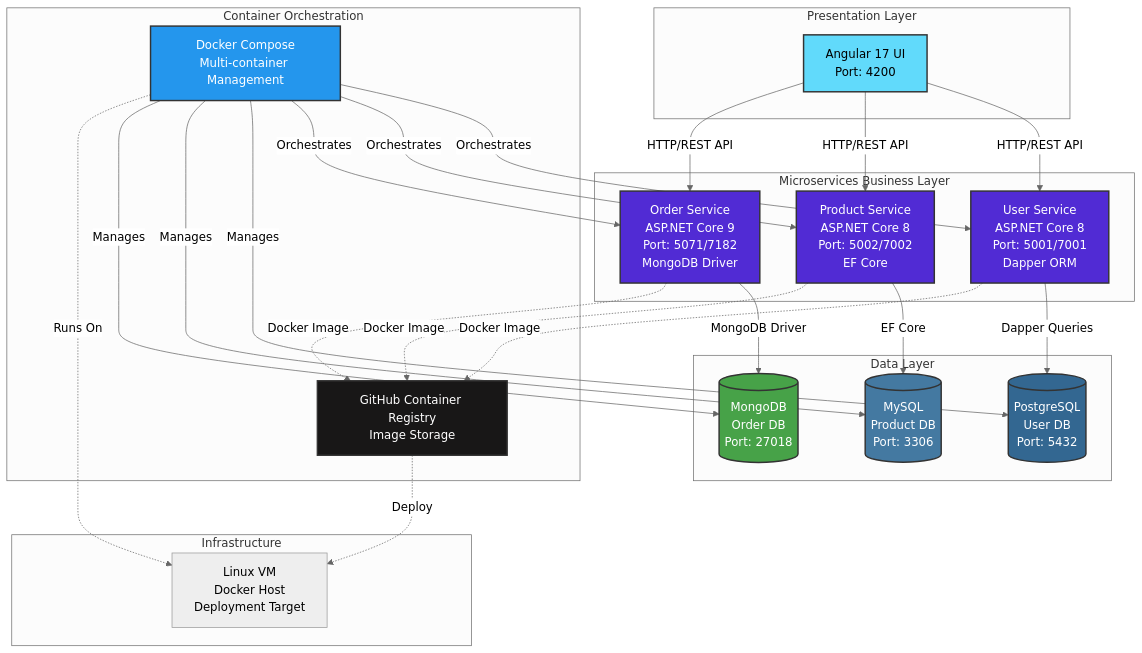
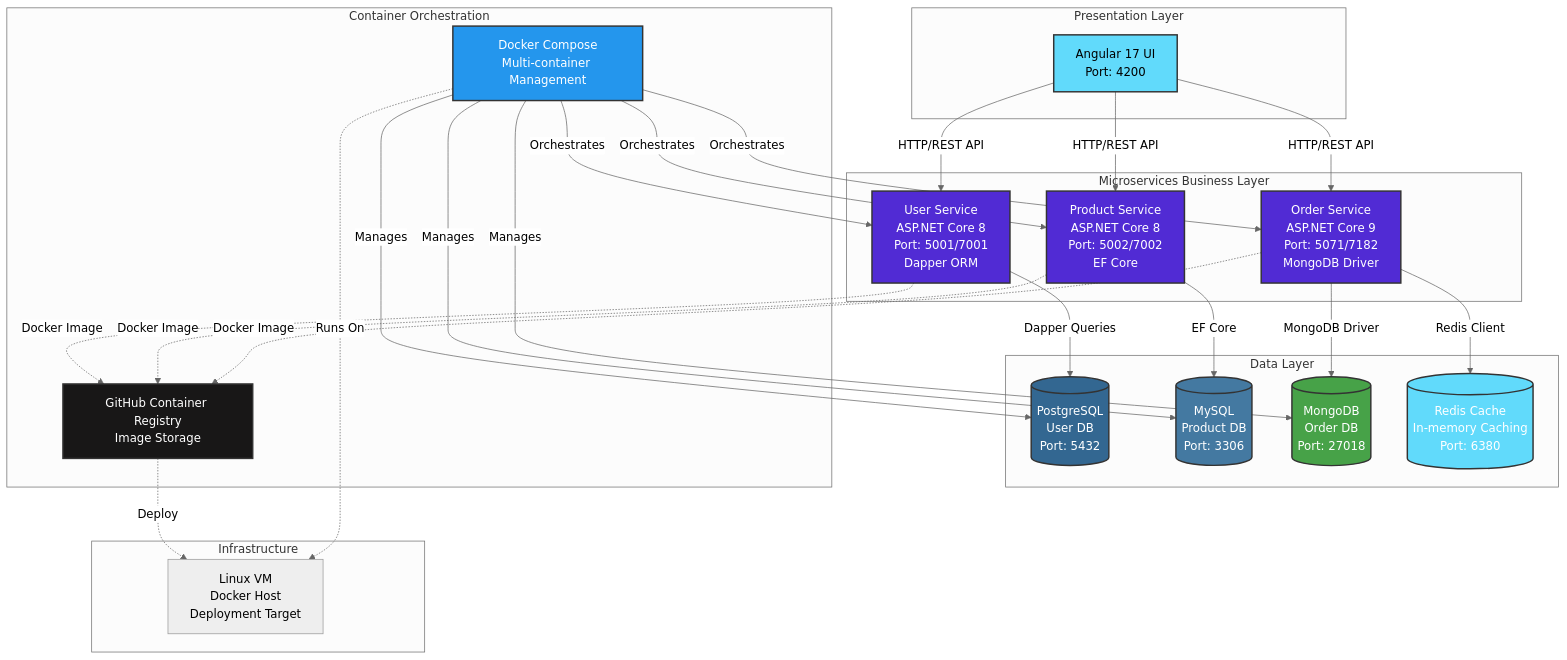
The diagram in ReadMe.md (pandyamehul/.Net8-eCommerce-az-aks-devops), drawn with Mermaid (neutral theme) before and after one commit. The commit also changed other lines of this file and 1 other file, not shown here.

````diff
--- a/ReadMe.md
+++ b/ReadMe.md
@@ -19,61 +19,64 @@
 ```mermaid
 graph TB
     subgraph Presentation Layer
         UI[Angular 17 UI<br/>Port: 4200]
     end
 
     subgraph Microservices Business Layer
         US[User Service<br/>ASP.NET Core 8<br/>Port: 5001/7001<br/>Dapper ORM]
         PS[Product Service<br/>ASP.NET Core 8<br/>Port: 5002/7002<br/>EF Core]
         OS[Order Service<br/>ASP.NET Core 9<br/>Port: 5071/7182<br/>MongoDB Driver]
     end
 
     subgraph Data Layer
         PG[(PostgreSQL<br/>User DB<br/>Port: 5432)]
         MY[(MySQL<br/>Product DB<br/>Port: 3306)]
         MG[(MongoDB<br/>Order DB<br/>Port: 27018)]
+        RC[(Redis Cache<br/>In-memory Caching<br/>Port: 6380)]
     end
 
     subgraph Container Orchestration
         Docker[Docker Compose<br/>Multi-container Management]
         GHCR[GitHub Container Registry<br/>Image Storage]
     end
 
     subgraph Infrastructure
         LinuxVM[Linux VM <br> Docker Host <br> Deployment Target]
     end
 
     UI --> |HTTP/REST API| US
     UI --> |HTTP/REST API| PS
     UI --> |HTTP/REST API| OS
 
     US --> |Dapper Queries| PG
     PS --> |EF Core| MY
     OS --> |MongoDB Driver| MG
+    OS --> |Redis Client| RC
 
     US -.-> |Docker Image| GHCR
     PS -.-> |Docker Image| GHCR
     OS -.-> |Docker Image| GHCR
 
     Docker --> |Orchestrates| US
     Docker --> |Orchestrates| PS
     Docker --> |Orchestrates| OS
     Docker --> |Manages| PG
     Docker --> |Manages| MY
     Docker --> |Manages| MG
 
     GHCR -.->|Deploy| LinuxVM
     Docker -.->|Runs On| LinuxVM
 
     style UI fill:#61DAFB,stroke:#333,stroke-width:2px,color:#000
     style US fill:#512BD4,stroke:#333,stroke-width:2px,color:#fff
     style PS fill:#512BD4,stroke:#333,stroke-width:2px,color:#fff
     style OS fill:#512BD4,stroke:#333,stroke-width:2px,color:#fff
     style PG fill:#336791,stroke:#333,stroke-width:2px,color:#fff
     style MY fill:#4479A1,stroke:#333,stroke-width:2px,color:#fff
     style MG fill:#47A248,stroke:#333,stroke-width:2px,color:#fff
+    style RC fill:#61DAFB,stroke:#333,stroke-width:2px,color:#fff
     style Docker fill:#2496ED,stroke:#333,stroke-width:2px,color:#fff
     style GHCR fill:#181717,stroke:#333,stroke-width:2px,color:#fff
     style Docker fill:#2496ED,stroke:#333,stroke-width:2px,color:#fff
     style GHCR fill:#181717,stroke:#333,stroke-width:2px,color:#fff
 ```
````
